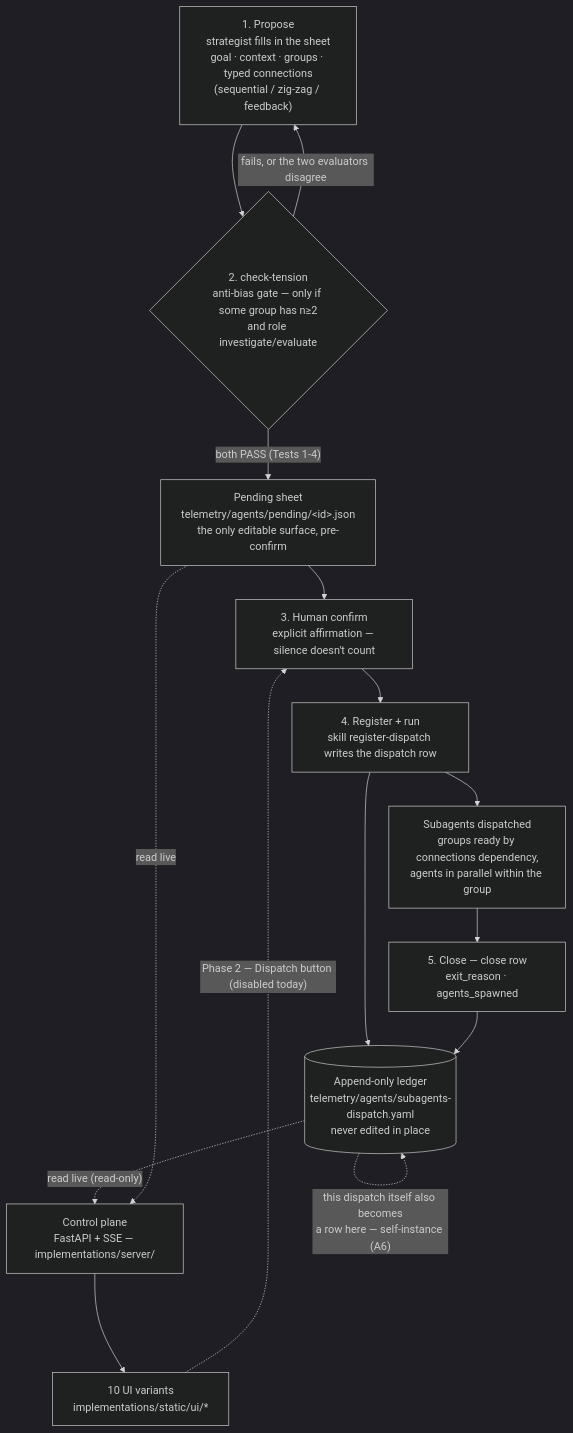
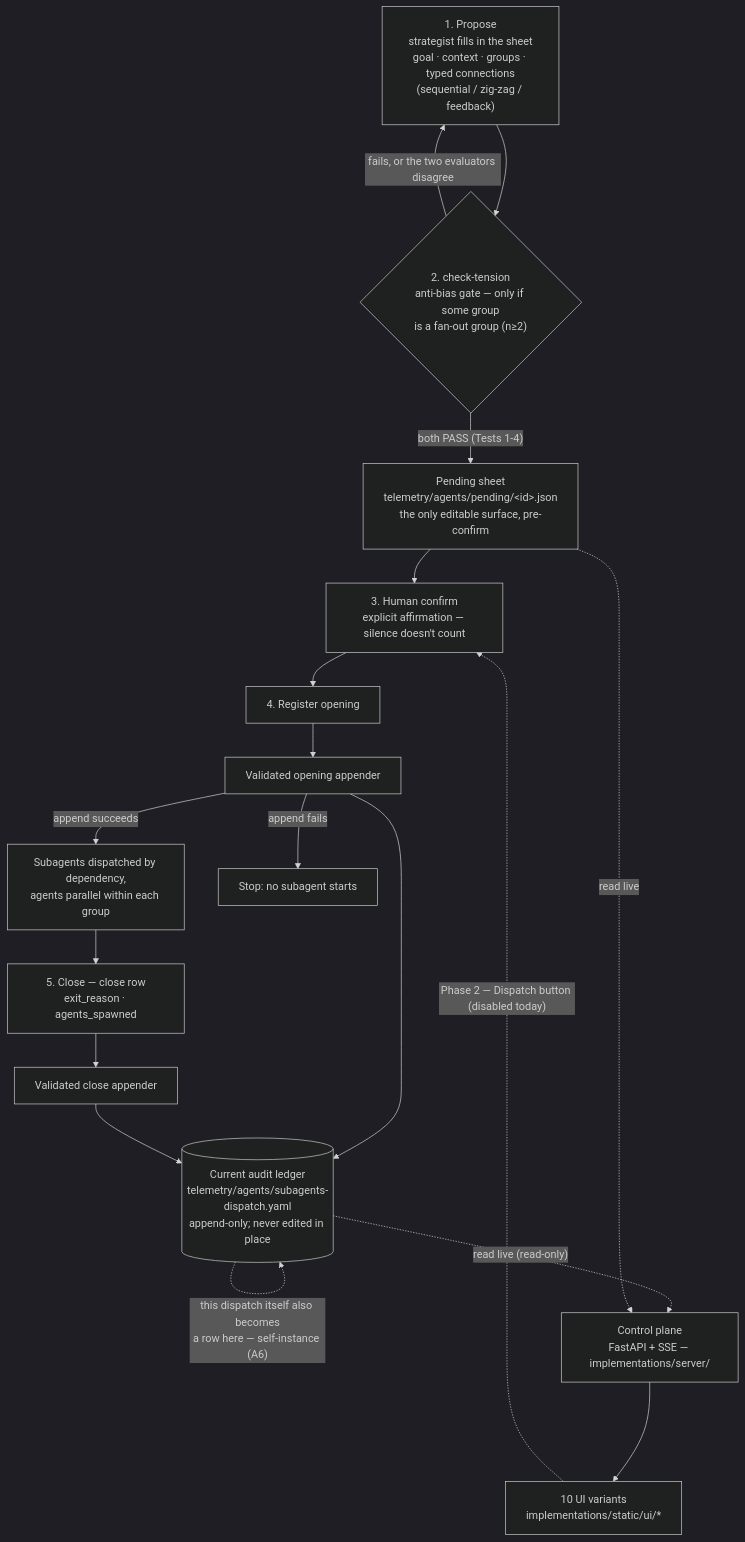
One commit to VictorBoscaro/cyberalchemy-orchestrator changed the second of 4 diagrams in README.md. Above: the diagram before and after it, drawn with Mermaid (dark theme). The commit also changed other lines of this file and 5 other files, not shown here.

````diff
--- a/README.md
+++ b/README.md
@@ -76,20 +105,23 @@
 ```mermaid
 flowchart TD
     A["1. Propose<br/>strategist fills in the sheet<br/>goal · context · groups · typed connections<br/>(sequential / zig-zag / feedback)"]
-    B{"2. check-tension<br/>anti-bias gate — only if some group has n≥2<br/>and role investigate/evaluate"}
+    B{"2. check-tension<br/>anti-bias gate — only if some group<br/>is a fan-out group (n≥2)"}
     A --> B
     B -- "fails, or the two evaluators disagree" --> A
     B -- "both PASS (Tests 1-4)" --> P
     P["Pending sheet<br/>telemetry/agents/pending/&lt;id&gt;.json<br/>the only editable surface, pre-confirm"]
     P --> C["3. Human confirm<br/>explicit affirmation — silence doesn't count"]
-    C --> D["4. Register + run<br/>skill register-dispatch writes the dispatch row"]
-    D --> L[("Append-only ledger<br/>telemetry/agents/subagents-dispatch.yaml<br/>never edited in place")]
-    D --> E["Subagents dispatched<br/>groups ready by connections dependency,<br/>agents in parallel within the group"]
+    C --> D["4. Register opening"]
+    D --> W["Validated opening appender"]
+    W --> L[("Current audit ledger<br/>telemetry/agents/subagents-dispatch.yaml<br/>append-only; never edited in place")]
+    W -- "append succeeds" --> E["Subagents dispatched by dependency,<br/>agents parallel within each group"]
+    W -- "append fails" --> X["Stop: no subagent starts"]
     E --> F["5. Close — close row<br/>exit_reason · agents_spawned"]
-    F --> L
+    F --> CW["Validated close appender"]
+    CW --> L
     L -. "read live (read-only)" .-> UI["Control plane<br/>FastAPI + SSE — implementations/server/"]
     P -. "read live" .-> UI
     UI --> V["10 UI variants<br/>implementations/static/ui/*"]
     V -. "Phase 2 — Dispatch button (disabled today)" .-> C
     L -. "this dispatch itself also becomes<br/>a row here — self-instance (A6)" .-> L
 ```
````
